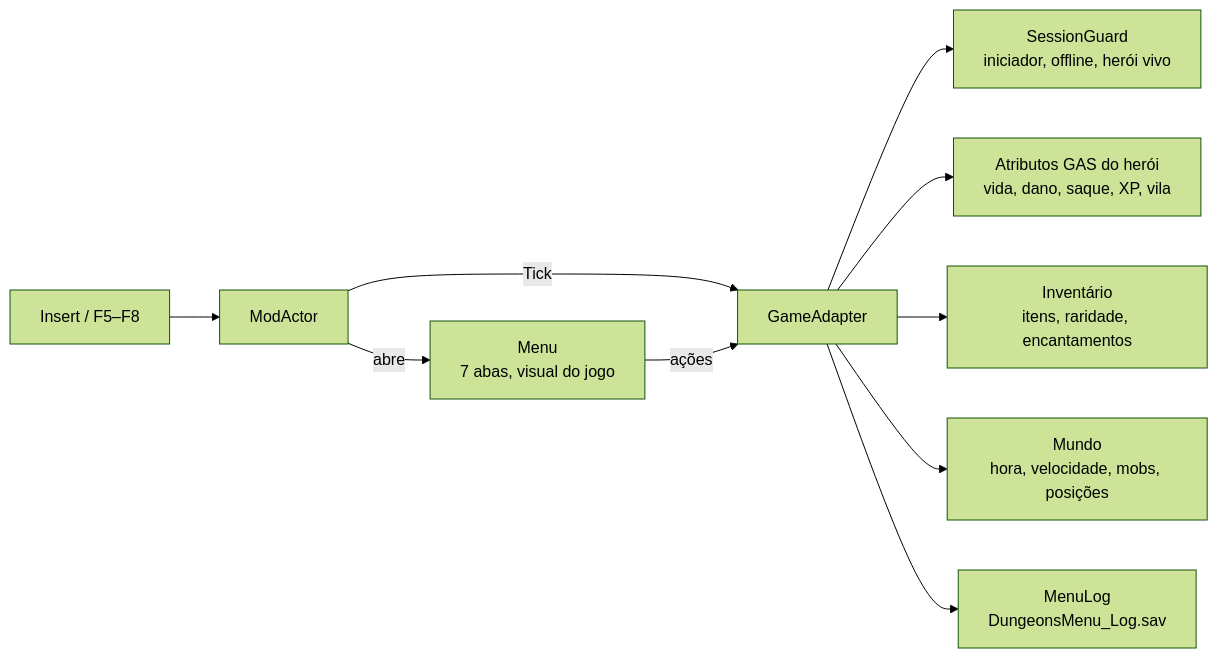
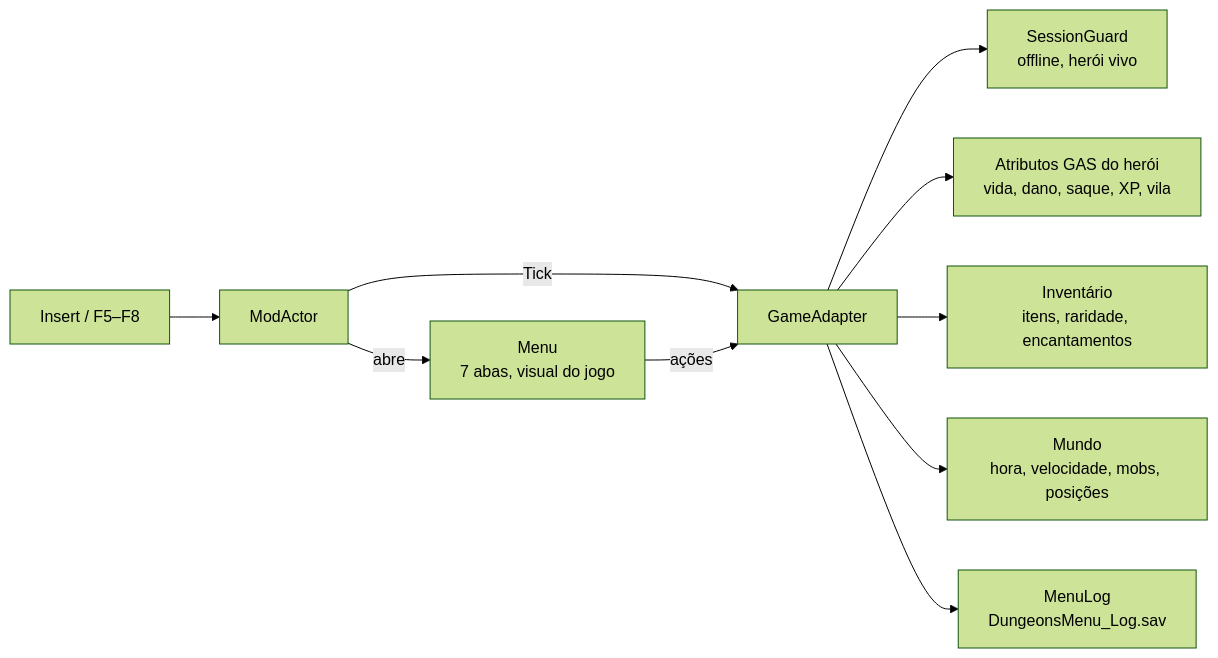
The diagram in README.md (R4P4DHGFVDYG/dungeons-menu-solo), drawn with Mermaid (forest theme) before and after one commit. The commit also changed other lines of this file and 10 other files, not shown here.

````diff
--- a/README.md
+++ b/README.md
@@ -182,12 +182,12 @@
 ```mermaid
 flowchart LR
     K[Insert / F5–F8] --> A[ModActor]
     A -->|abre| M[Menu<br/>7 abas, visual do jogo]
     A -->|Tick| G[GameAdapter]
     M -->|ações| G
-    G --> S[SessionGuard<br/>iniciador, offline, herói vivo]
+    G --> S[SessionGuard<br/>offline, herói vivo]
     G --> GAS[Atributos GAS do herói<br/>vida, dano, saque, XP, vila]
     G --> INV[Inventário<br/>itens, raridade, encantamentos]
     G --> W[Mundo<br/>hora, velocidade, mobs, posições]
     G --> L[MenuLog<br/>DungeonsMenu_Log.sav]
 ```
````
